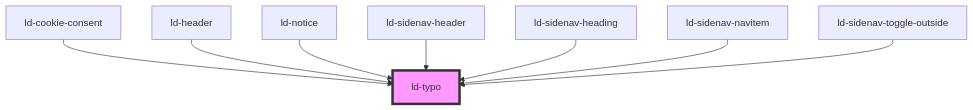
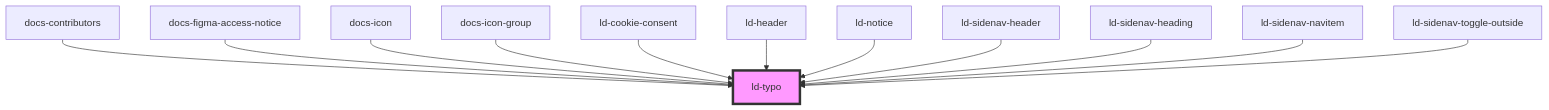
One commit to emdgroup-liquid/liquid changed the diagram in src/liquid/components/ld-typo/readme.md. Above: the diagram before and after it, drawn with Mermaid. The commit also changed other lines of this file and 16 other files, not shown here.

````diff
--- a/src/liquid/components/ld-typo/readme.md
+++ b/src/liquid/components/ld-typo/readme.md
@@ -596,11 +600,15 @@
 ```mermaid
 graph TD;
+  docs-contributors --> ld-typo
+  docs-figma-access-notice --> ld-typo
+  docs-icon --> ld-typo
+  docs-icon-group --> ld-typo
   ld-cookie-consent --> ld-typo
   ld-header --> ld-typo
   ld-notice --> ld-typo
   ld-sidenav-header --> ld-typo
   ld-sidenav-heading --> ld-typo
   ld-sidenav-navitem --> ld-typo
   ld-sidenav-toggle-outside --> ld-typo
   style ld-typo fill:#f9f,stroke:#333,stroke-width:4px
 ```
````
